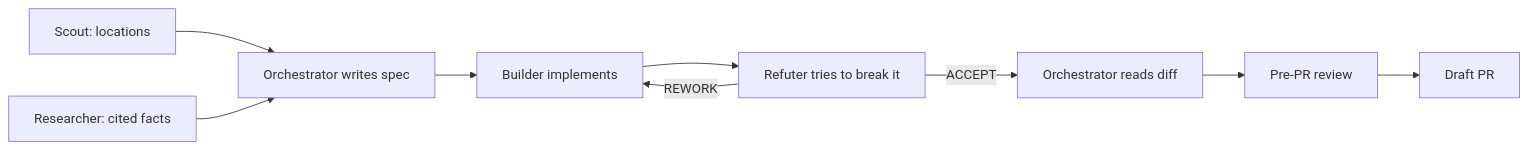
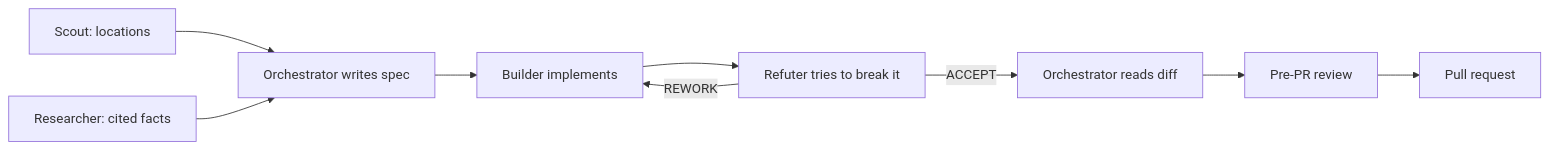
The diagram in README.md (Co0pDawg/Orc-istration), drawn with Mermaid before and after one commit. The commit also changed other lines of this file, not shown here.

````diff
--- a/README.md
+++ b/README.md
@@ -18,11 +18,11 @@
 ```mermaid
 flowchart LR
   S["Scout: locations"] --> O
   R["Researcher: cited facts"] --> O
   O["Orchestrator writes spec"] --> B["Builder implements"]
   B --> F["Refuter tries to break it"]
   F -- "REWORK" --> B
   F -- "ACCEPT" --> D["Orchestrator reads diff"]
   D --> P["Pre-PR review"]
-  P --> PR["Draft PR"]
+  P --> PR["Pull request"]
 ```
````
